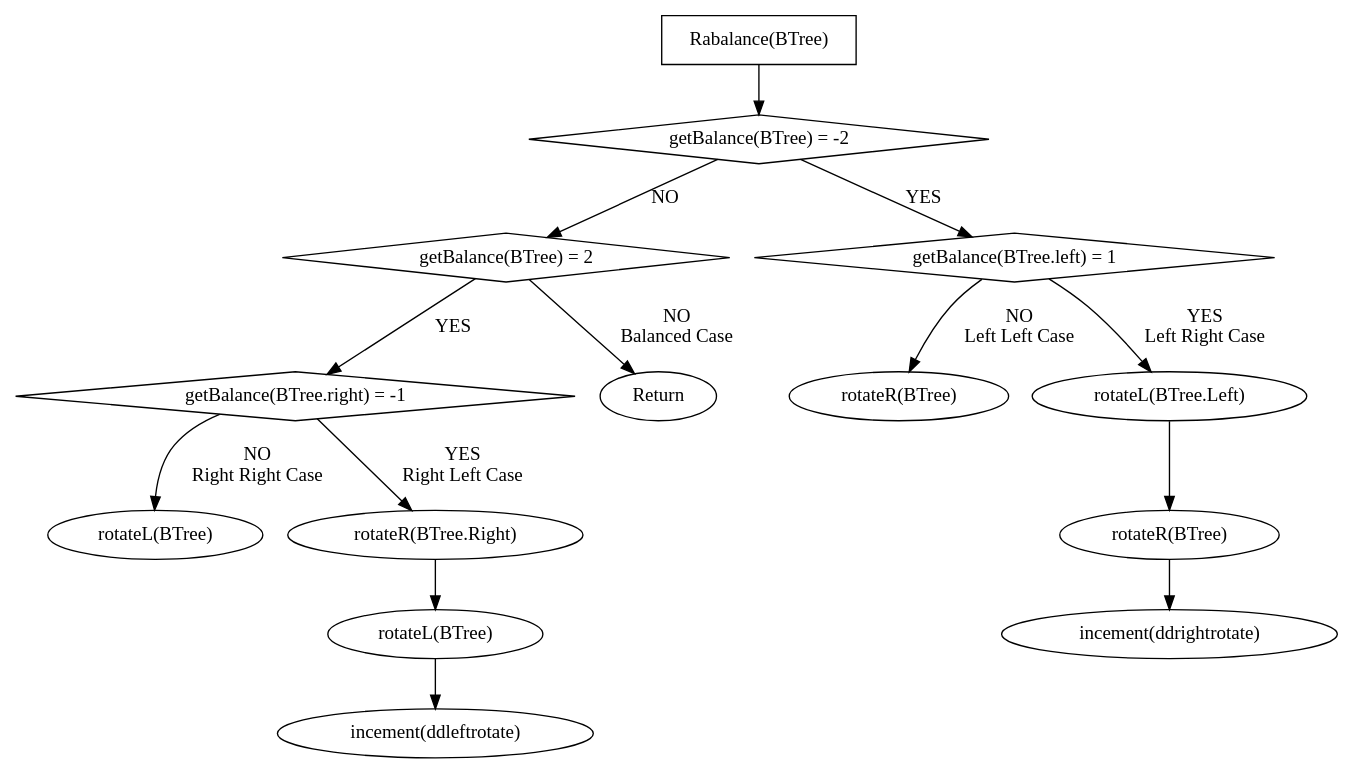
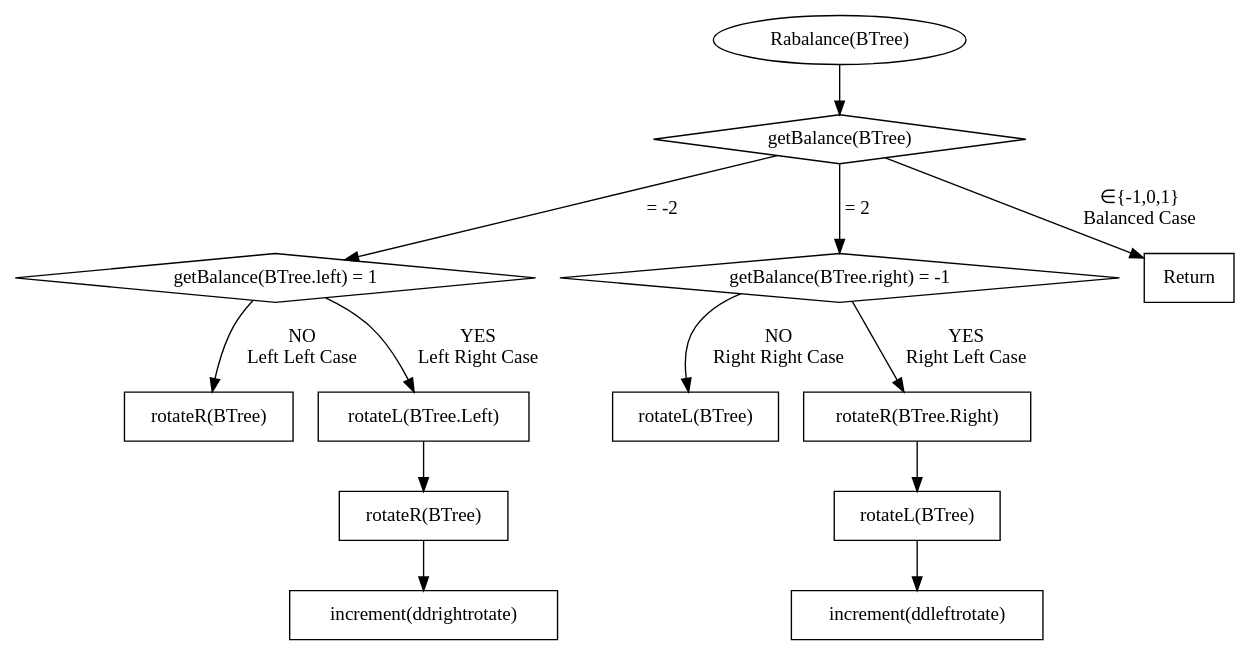
The diagram in doc/graphviz/rebalance.gv (hugoppp-uni/Hausarbeit-Algorithmen-und-Datenstrukturen), drawn with Graphviz before and after one commit. The commit also changed 6 other files, not shown here.

Commit message:
Graphviz: Improve layout and change shape to box

```diff
--- a/doc/graphviz/rebalance.gv
+++ b/doc/graphviz/rebalance.gv
@@ -1,29 +1,28 @@
 digraph G {
-    rebalance [label = "Rabalance(BTree)" shape = box]
-    check2Neg [label = "getBalance(BTree) = -2" shape = diamond]
-    check2Pos [label = "getBalance(BTree) = 2" shape = diamond]
+    node [shape = box];
+    rebalance [label = "Rabalance(BTree)" shape = ellipse]
+    check2 [label = "getBalance(BTree)" shape = diamond]
     check1Pos [label = "getBalance(BTree.left) = 1" shape = diamond]
     check1Neg [label = "getBalance(BTree.right) = -1" shape = diamond]
 
     RightRight [label = "rotateL(BTree)"]
     LeftLeft [label = "rotateR(BTree)"]
 
     RightLeft [label = "rotateR(BTree.Right)"]
-    RightLeft -> "rotateL(BTree)" -> "incement(ddleftrotate)"
+    RightLeft -> "rotateL(BTree)" -> "increment(ddleftrotate)"
     LeftRight [label = "rotateL(BTree.Left)"]
-    LeftRight -> "rotateR(BTree)" -> "incement(ddrightrotate)"
+    LeftRight -> "rotateR(BTree)" -> "increment(ddrightrotate)"
 
-    rebalance -> check2Neg
+    rebalance -> check2
 
-    check2Neg -> check1Pos [label = "YES"]
+    check2 -> check1Pos [label = "= -2"]
     check1Pos -> LeftRight [label = "YES\nLeft Right Case"]
     check1Pos -> LeftLeft [label = "NO\nLeft Left Case"]
 
-    check2Neg -> check2Pos [label = "NO"]
-    check2Pos -> check1Neg [label = "YES"]
+    check2 -> check1Neg [label = "= 2"]
     check1Neg -> RightLeft [label = "YES\nRight Left Case"]
     check1Neg -> RightRight [label = "NO\nRight Right Case"]
 
-    check2Pos -> "Return" [label = "NO\nBalanced Case"]
+    check2 -> "Return" [label = "∈{-1,0,1}\nBalanced Case"]
 
 }
```
